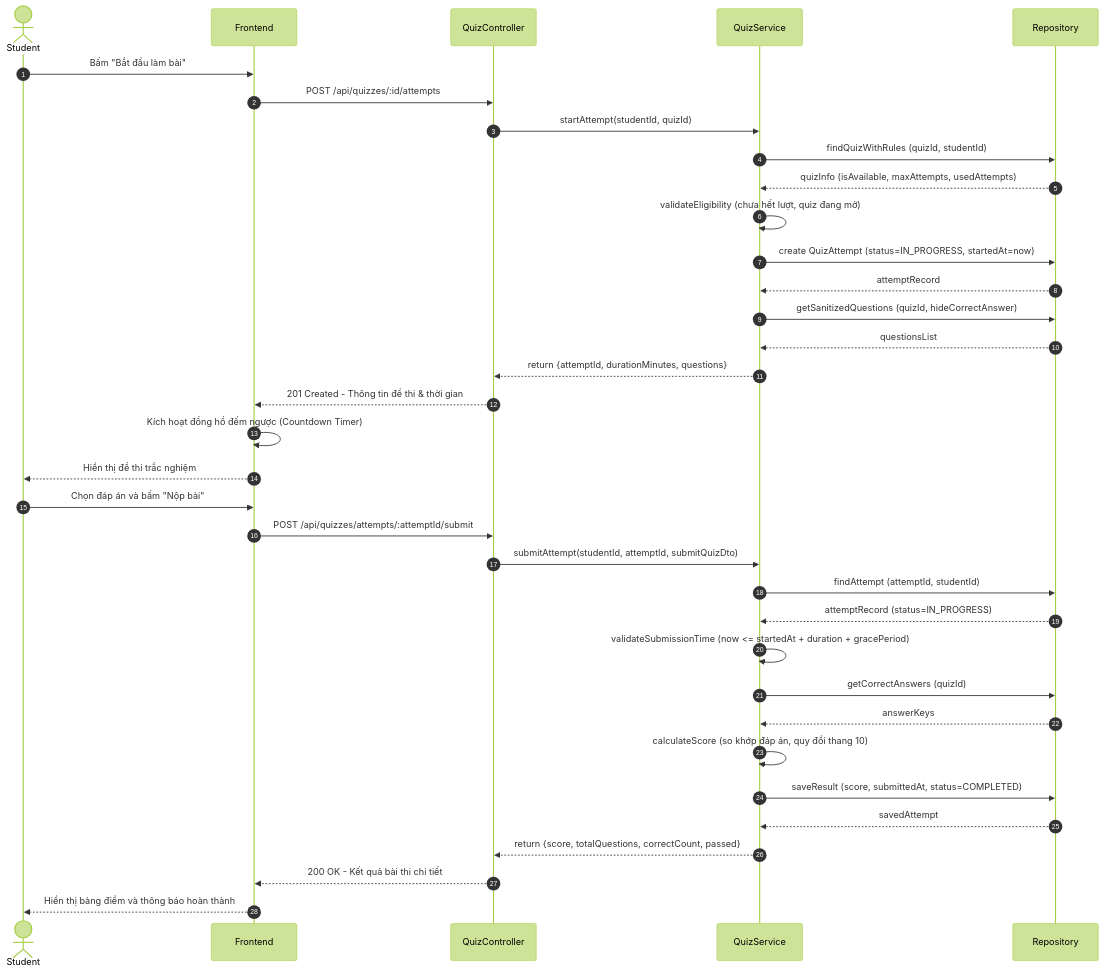
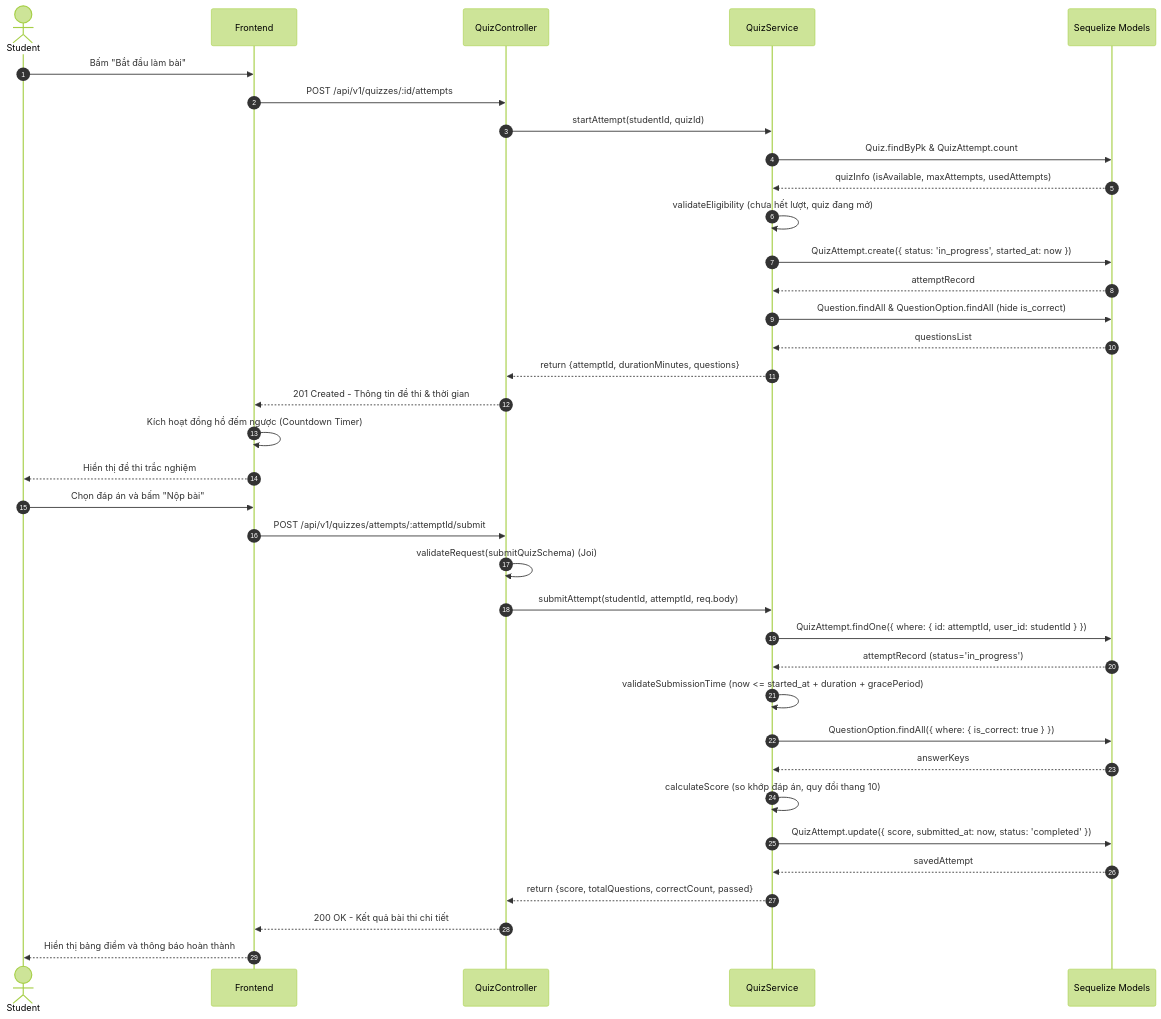
One commit to dunghvd79/eduverse changed the first of 2 diagrams in docs/sequences/seq-quiz-001.md. Above: the diagram before and after it, drawn with Mermaid (forest theme). The commit also changed other lines of this file and 11 other files, not shown here.

Commit message:
docs: synchronize sequence diagrams and API conventions to Express.js and Sequelize

````diff
--- a/docs/sequences/seq-quiz-001.md
+++ b/docs/sequences/seq-quiz-001.md
@@ -13,47 +13,48 @@
 ```mermaid
 sequenceDiagram
     autonumber
     actor Student as Student
     participant FE as Frontend
     participant CTRL as QuizController
     participant SVC as QuizService
-    participant DB as Repository
+    participant DB as Sequelize Models
 
     Student->>FE: Bấm "Bắt đầu làm bài"
-    FE->>CTRL: POST /api/quizzes/:id/attempts
+    FE->>CTRL: POST /api/v1/quizzes/:id/attempts
     CTRL->>SVC: startAttempt(studentId, quizId)
 
-    SVC->>DB: findQuizWithRules (quizId, studentId)
+    SVC->>DB: Quiz.findByPk & QuizAttempt.count
     DB-->>SVC: quizInfo (isAvailable, maxAttempts, usedAttempts)
 
     SVC->>SVC: validateEligibility (chưa hết lượt, quiz đang mở)
-    SVC->>DB: create QuizAttempt (status=IN_PROGRESS, startedAt=now)
+    SVC->>DB: QuizAttempt.create({ status: 'in_progress', started_at: now })
     DB-->>SVC: attemptRecord
 
-    SVC->>DB: getSanitizedQuestions (quizId, hideCorrectAnswer)
+    SVC->>DB: Question.findAll & QuestionOption.findAll (hide is_correct)
     DB-->>SVC: questionsList
 
     SVC-->>CTRL: return {attemptId, durationMinutes, questions}
     CTRL-->>FE: 201 Created - Thông tin đề thi & thời gian
     FE->>FE: Kích hoạt đồng hồ đếm ngược (Countdown Timer)
     FE-->>Student: Hiển thị đề thi trắc nghiệm
 
     Student->>FE: Chọn đáp án và bấm "Nộp bài"
-    FE->>CTRL: POST /api/quizzes/attempts/:attemptId/submit
-    CTRL->>SVC: submitAttempt(studentId, attemptId, submitQuizDto)
+    FE->>CTRL: POST /api/v1/quizzes/attempts/:attemptId/submit
+    CTRL->>CTRL: validateRequest(submitQuizSchema) (Joi)
+    CTRL->>SVC: submitAttempt(studentId, attemptId, req.body)
 
-    SVC->>DB: findAttempt (attemptId, studentId)
-    DB-->>SVC: attemptRecord (status=IN_PROGRESS)
+    SVC->>DB: QuizAttempt.findOne({ where: { id: attemptId, user_id: studentId } })
+    DB-->>SVC: attemptRecord (status='in_progress')
 
-    SVC->>SVC: validateSubmissionTime (now <= startedAt + duration + gracePeriod)
-    SVC->>DB: getCorrectAnswers (quizId)
+    SVC->>SVC: validateSubmissionTime (now <= started_at + duration + gracePeriod)
+    SVC->>DB: QuestionOption.findAll({ where: { is_correct: true } })
     DB-->>SVC: answerKeys
 
     SVC->>SVC: calculateScore (so khớp đáp án, quy đổi thang 10)
-    SVC->>DB: saveResult (score, submittedAt, status=COMPLETED)
+    SVC->>DB: QuizAttempt.update({ score, submitted_at: now, status: 'completed' })
     DB-->>SVC: savedAttempt
 
     SVC-->>CTRL: return {score, totalQuestions, correctCount, passed}
     CTRL-->>FE: 200 OK - Kết quả bài thi chi tiết
     FE-->>Student: Hiển thị bảng điểm và thông báo hoàn thành
 ```
````
